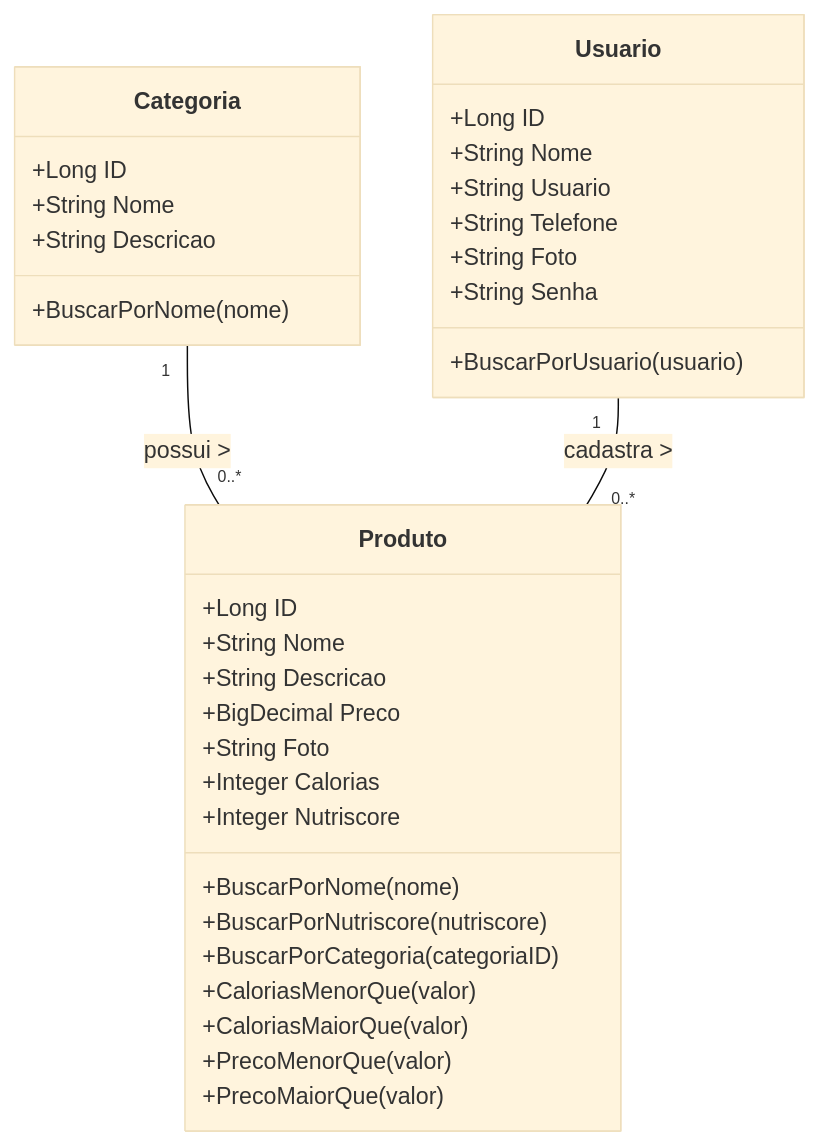
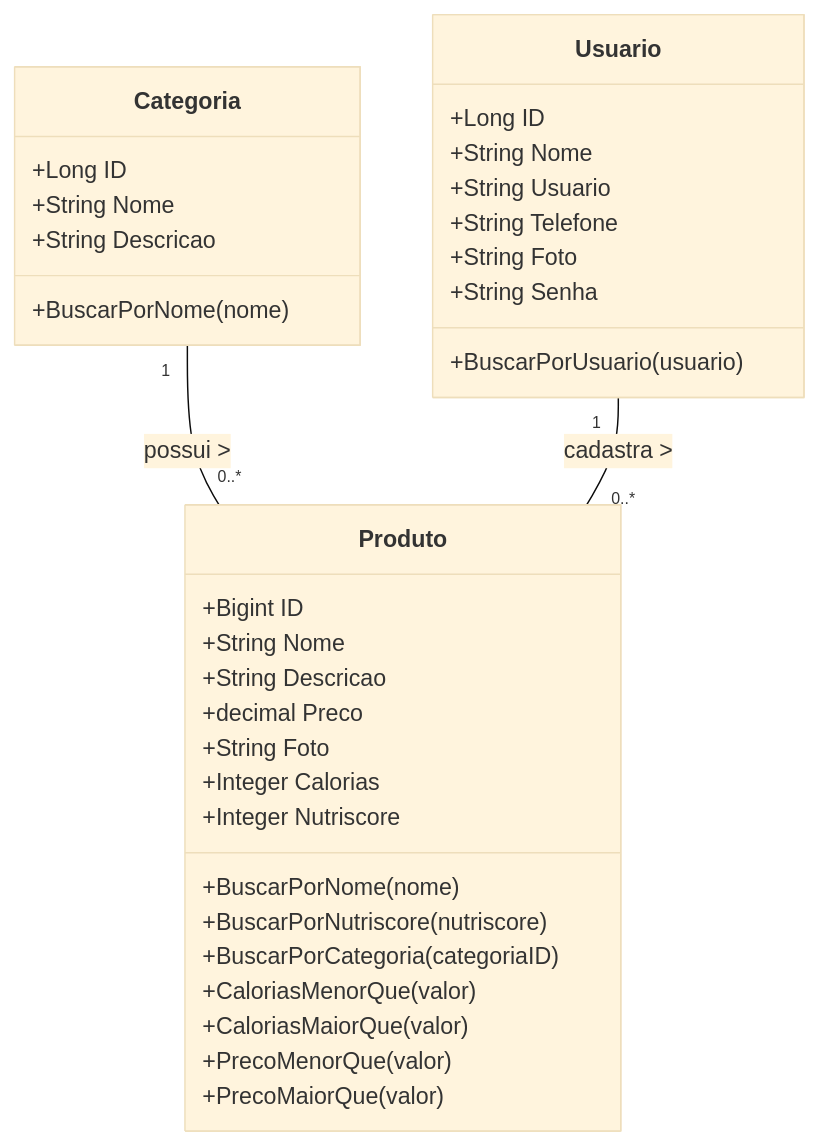
Before and after one commit to Grupo04TurmaJava82/delivery_spring: the first of 2 diagrams in README.md, drawn with Mermaid (base theme). The commit also changed other lines of this file, not shown here.

````diff
--- a/README.md
+++ b/README.md
@@ -53,37 +53,38 @@
 ```mermaid
 classDiagram
     class Categoria {
         +Long ID
         +String Nome
         +String Descricao
         +BuscarPorNome(nome)
     }
     class Produto {
-        +Long ID
+        +Bigint ID
         +String Nome
         +String Descricao
-        +BigDecimal Preco
+        +decimal Preco
         +String Foto
         +Integer Calorias
         +Integer Nutriscore
         +BuscarPorNome(nome)
         +BuscarPorNutriscore(nutriscore)
         +BuscarPorCategoria(categoriaID)
         +CaloriasMenorQue(valor)
         +CaloriasMaiorQue(valor)
         +PrecoMenorQue(valor)
         +PrecoMaiorQue(valor)
     }
+
     class Usuario {
         +Long ID
         +String Nome
         +String Usuario
         +String Telefone
         +String Foto
         +String Senha
         +BuscarPorUsuario(usuario)
     }
 
     Categoria "1" -- "0..*" Produto : possui >
     Usuario "1" -- "0..*" Produto : cadastra >
 ```
````
